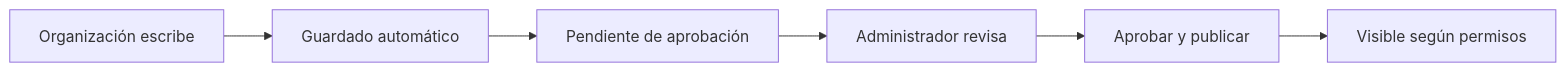
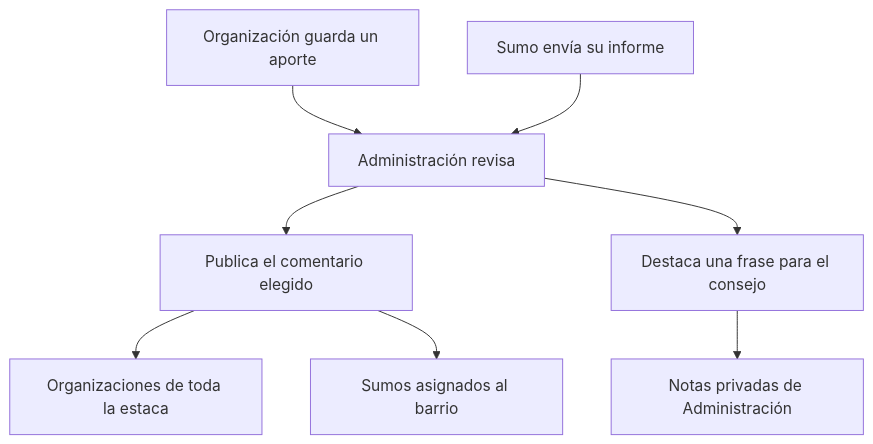
Before and after one commit to WillzkottDev/informe-sumo-consejo: the second of 2 diagrams in MAPA-DE-VISTAS.md, drawn with Mermaid. The commit also changed other lines of this file and 102 other files, not shown here.

````diff
--- a/MAPA-DE-VISTAS.md
+++ b/MAPA-DE-VISTAS.md
@@ -38,8 +45,10 @@
 ```mermaid
-flowchart LR
-    A[Organización escribe] --> B[Guardado automático]
-    B --> C[Pendiente de aprobación]
-    C --> D[Administrador revisa]
-    D --> E[Aprobar y publicar]
-    E --> F[Visible según permisos]
+flowchart TD
+    A[Organización guarda un aporte] --> C[Administración revisa]
+    B[Sumo envía su informe] --> C
+    C --> D[Publica el comentario elegido]
+    C --> E[Destaca una frase para el consejo]
+    D --> F[Organizaciones de toda la estaca]
+    D --> G[Sumos asignados al barrio]
+    E --> H[Notas privadas de Administración]
 ```
````
